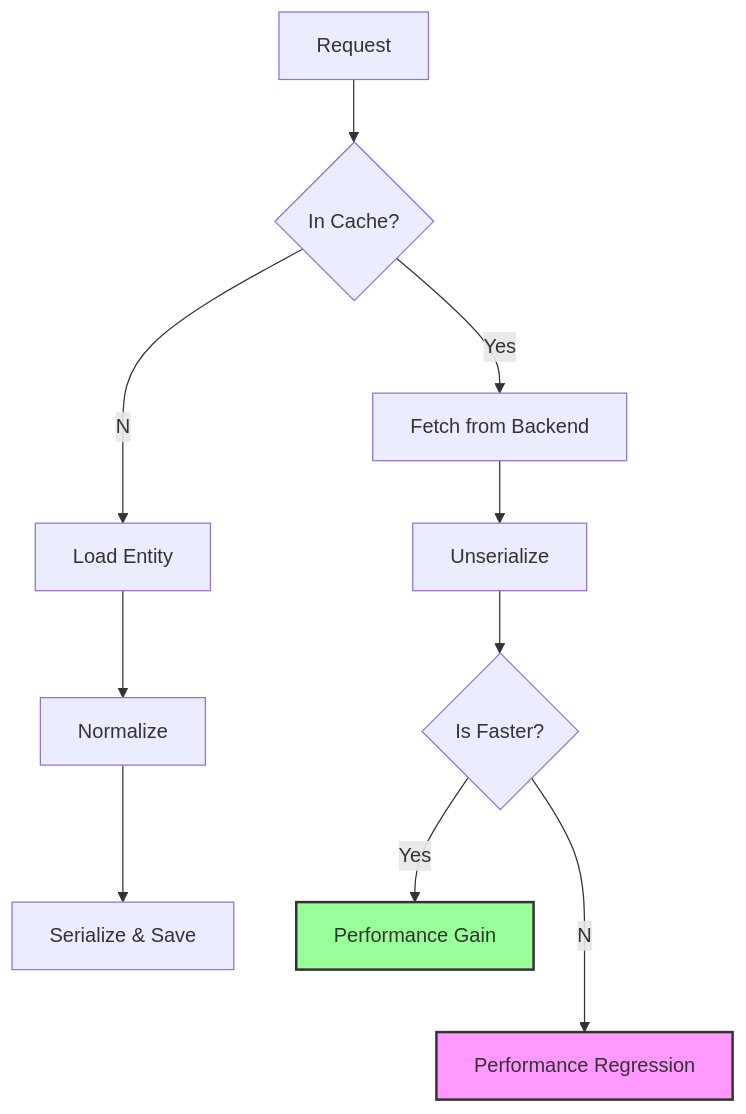
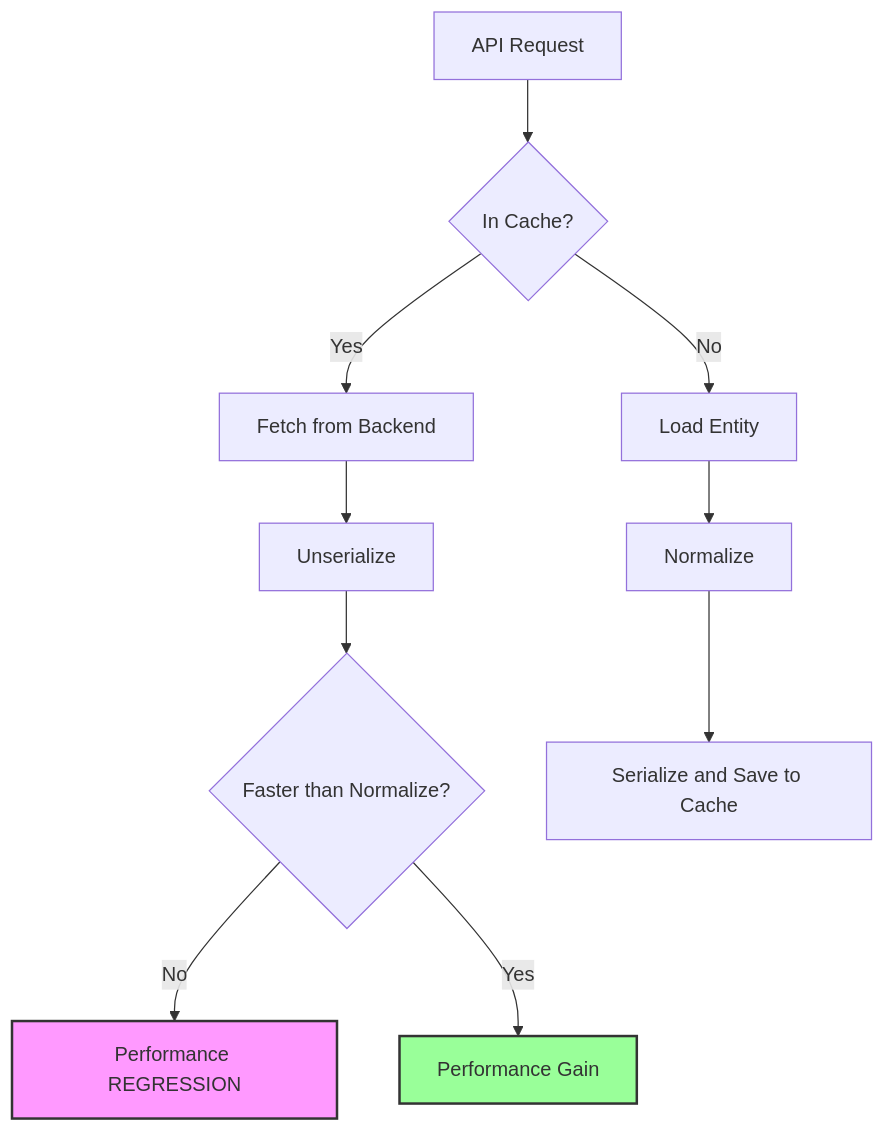
One commit to victorstack-ai/agent-blog changed the diagram in blog/2026-02-07-1105-devlog.md. Above: the diagram before and after it, drawn with Mermaid. The commit also changed other lines of this file and 117 other files, not shown here.

````diff
--- a/blog/2026-02-07-1105-devlog.md
+++ b/blog/2026-02-07-1105-devlog.md
@@ -37,16 +44,14 @@
 ```mermaid
-graph TD;
-    A[Request] --> B{In Cache?};
-    B --Yes--> C[Fetch from Backend];
-    C --> D[Unserialize];
-    D --> E{Is Faster?};
-    B --No--> F[Load Entity];
-    F --> G[Normalize];
-    G --> H[Serialize & Save];
-    
-    E --No--> I[Performance Regression];
-    E --Yes--> J[Performance Gain];
-    
-    style I fill:#f9f,stroke:#333,stroke-width:2px
-    style J fill:#9f9,stroke:#333,stroke-width:2px
+flowchart TD
+  A[API Request] --> B{In Cache?}
+  B -->|Yes| C[Fetch from Backend]
+  C --> D[Unserialize]
+  D --> E{Faster than Normalize?}
+  B -->|No| F[Load Entity]
+  F --> G[Normalize]
+  G --> H[Serialize and Save to Cache]
+  E -->|No| I[Performance REGRESSION]
+  E -->|Yes| J[Performance Gain]
+  style I fill:#f9f,stroke:#333,stroke-width:2px
+  style J fill:#9f9,stroke:#333,stroke-width:2px
 ```
````
